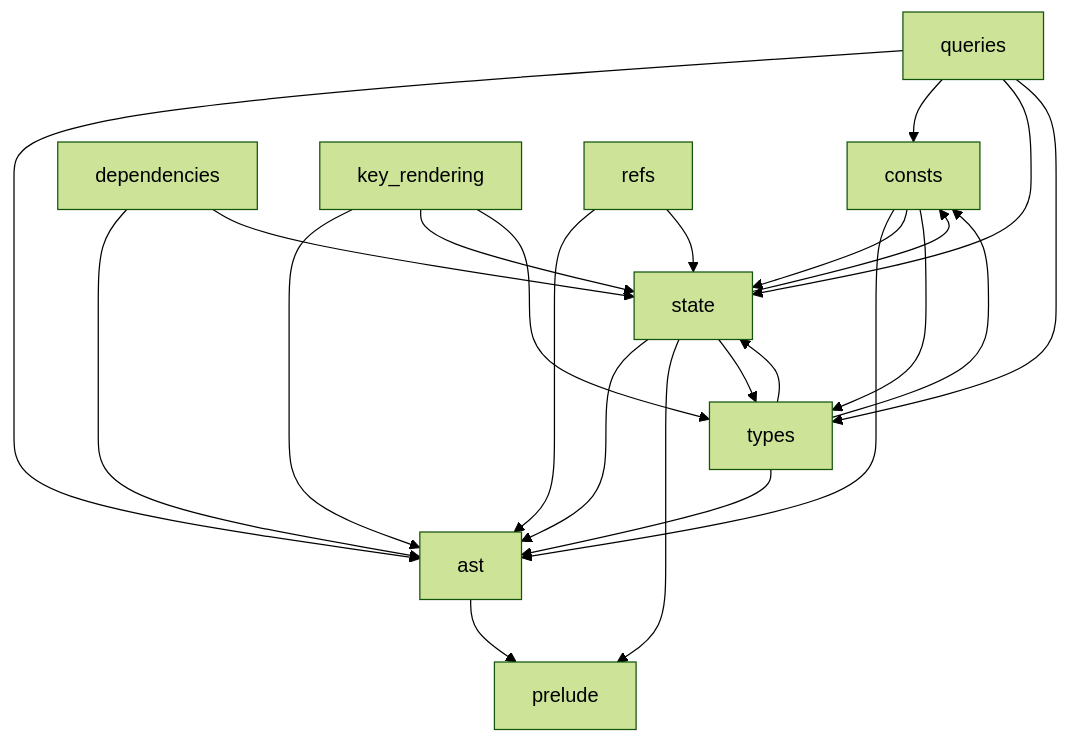
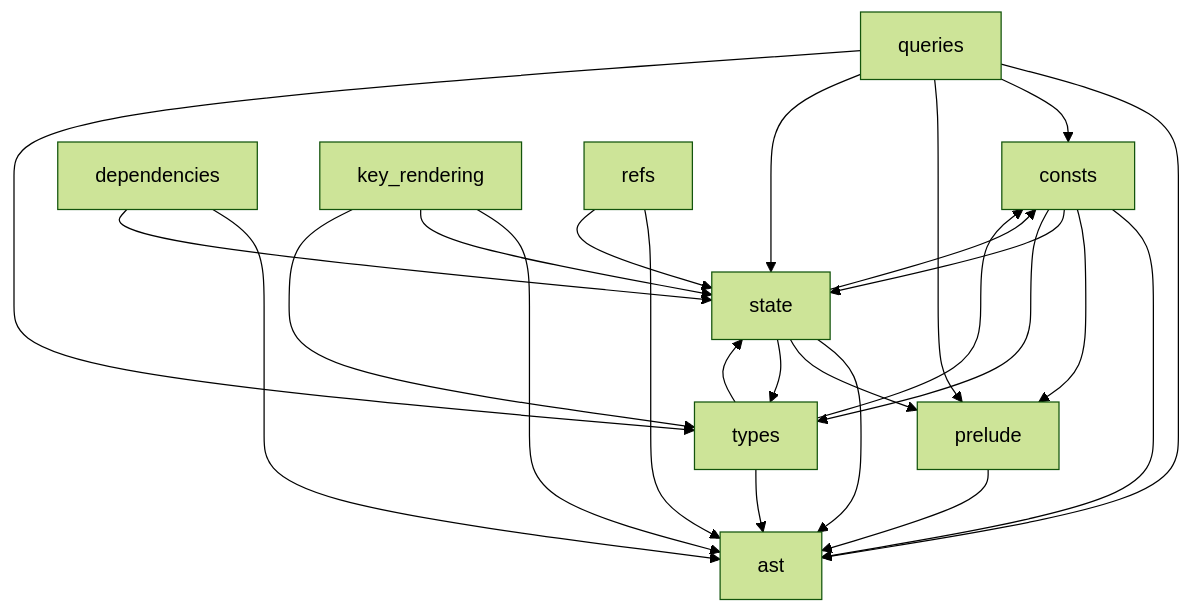
One commit to Nicolas-Ferre/gpex changed the third of 3 diagrams in doc/architecture.md. Above: the diagram before and after it, drawn with Mermaid (forest theme). The commit also changed other lines of this file and 23 other files, not shown here.

Commit message:
Remove ast -> prelude coupling + improve design skill

````diff
--- a/doc/architecture.md
+++ b/doc/architecture.md
@@ -78,25 +78,27 @@
 ```mermaid
 graph TD
-    ast --> prelude
     consts --> ast
+    consts --> prelude
     consts --> state
     consts --> types
     dependencies --> ast
     dependencies --> state
     key_rendering --> ast
     key_rendering --> state
     key_rendering --> types
+    prelude --> ast
     queries --> ast
     queries --> consts
+    queries --> prelude
     queries --> state
     queries --> types
     refs --> ast
     refs --> state
     state --> ast
     state --> consts
     state --> prelude
     state --> types
     types --> ast
     types --> consts
     types --> state
 ```
````
